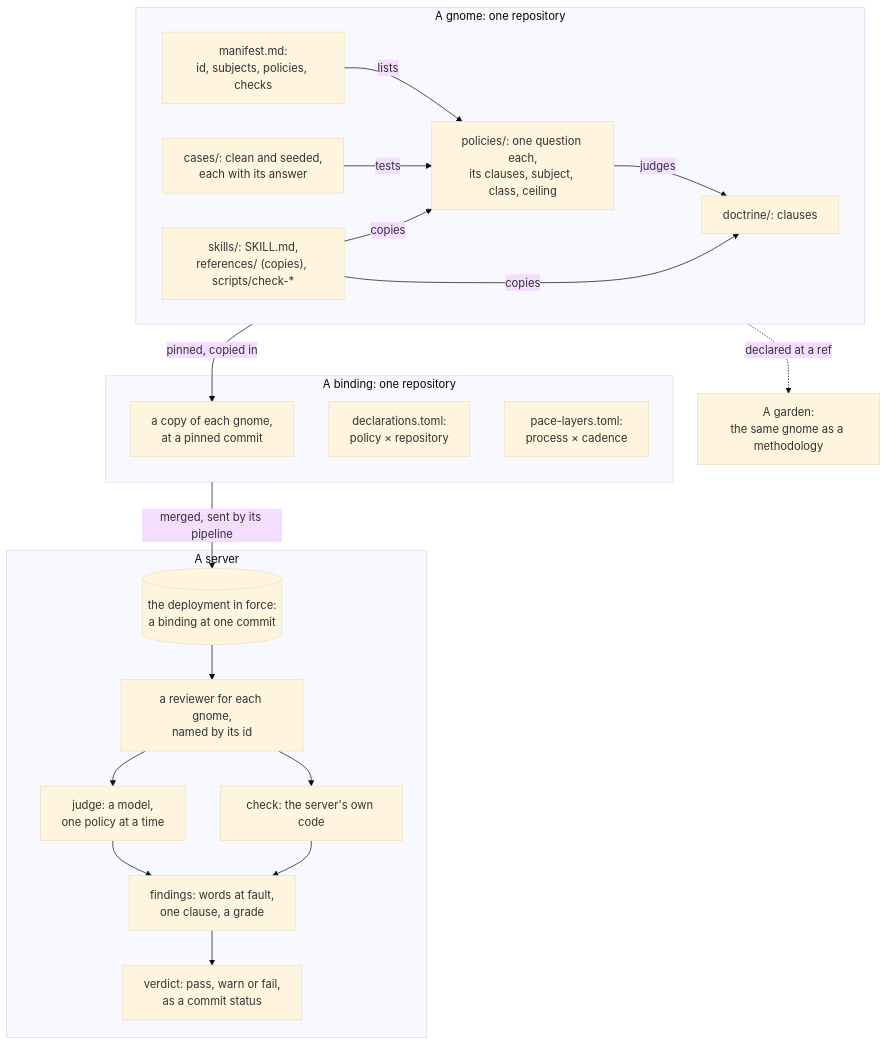
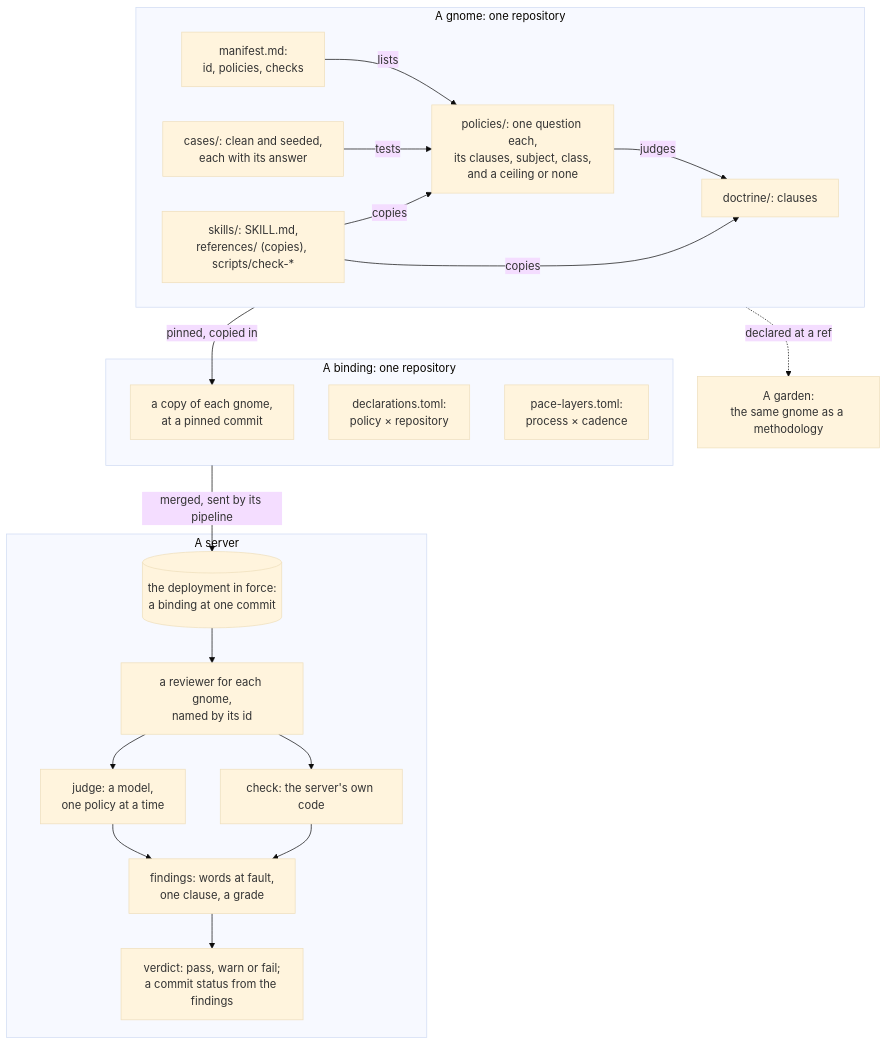
Before and after one commit to bugflow/bugflow: the third of 3 diagrams in docs/architecture.md, drawn with Mermaid (base theme). The commit also changed other lines of this file and 2 other files, not shown here.

````diff
--- a/docs/architecture.md
+++ b/docs/architecture.md
@@ -174,38 +174,38 @@
 ```mermaid
 flowchart TD
     subgraph gnome["A gnome: one repository"]
-        manifest["manifest.md:<br/>id, subjects, policies, checks"]
+        manifest["manifest.md:<br/>id, policies, checks"]
         doctrine["doctrine/: clauses"]
-        policy["policies/: one question each,<br/>its clauses, subject, class, ceiling"]
+        policy["policies/: one question each,<br/>its clauses, subject, class,<br/>and a ceiling or none"]
         case["cases/: clean and seeded,<br/>each with its answer"]
         skill["skills/: SKILL.md,<br/>references/ (copies), scripts/check-*"]
         manifest -- lists --> policy
         policy -- judges --> doctrine
         case -- tests --> policy
         skill -- copies --> doctrine
         skill -- copies --> policy
     end
     subgraph binding["A binding: one repository"]
         copies["a copy of each gnome,<br/>at a pinned commit"]
         declarations["declarations.toml:<br/>policy × repository"]
         pace["pace-layers.toml:<br/>process × cadence"]
     end
     subgraph server["A server"]
         deployment[("the deployment in force:<br/>a binding at one commit")]
         reviewer["a reviewer for each gnome,<br/>named by its id"]
         judge["judge: a model,<br/>one policy at a time"]
         check["check: the server's own code"]
         finding["findings: words at fault,<br/>one clause, a grade"]
-        verdict["verdict: pass, warn or fail,<br/>as a commit status"]
+        verdict["verdict: pass, warn or fail;<br/>a commit status from the findings"]
         deployment --> reviewer
         reviewer --> judge
         reviewer --> check
         judge --> finding
         check --> finding
         finding --> verdict
     end
     gnome -- "pinned, copied in" --> copies
     binding -- "merged, sent by its pipeline" --> deployment
     garden["A garden:<br/>the same gnome as a methodology"]
     gnome -. "declared at a ref" .-> garden
 ```
````
